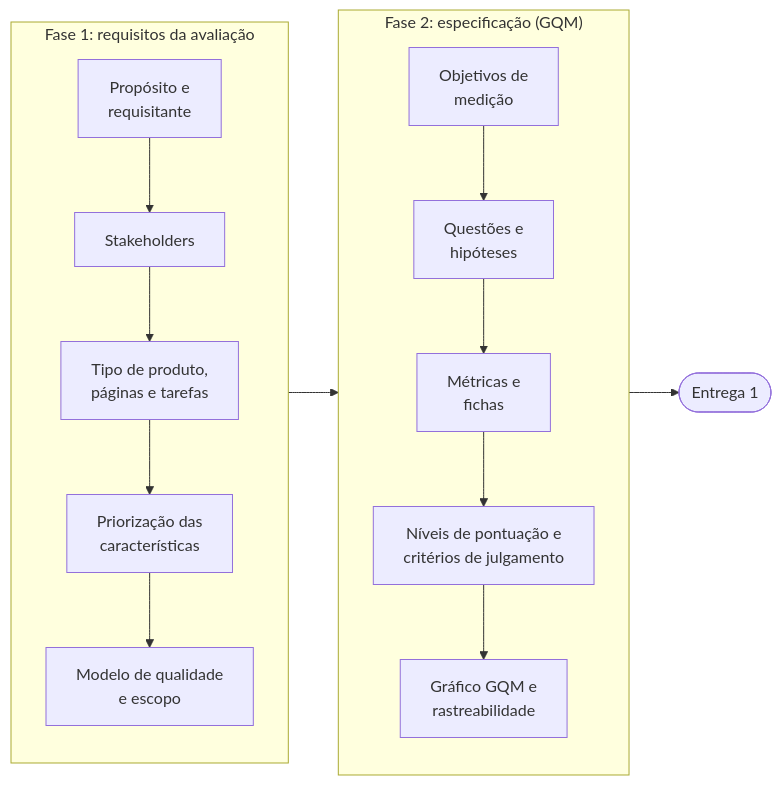
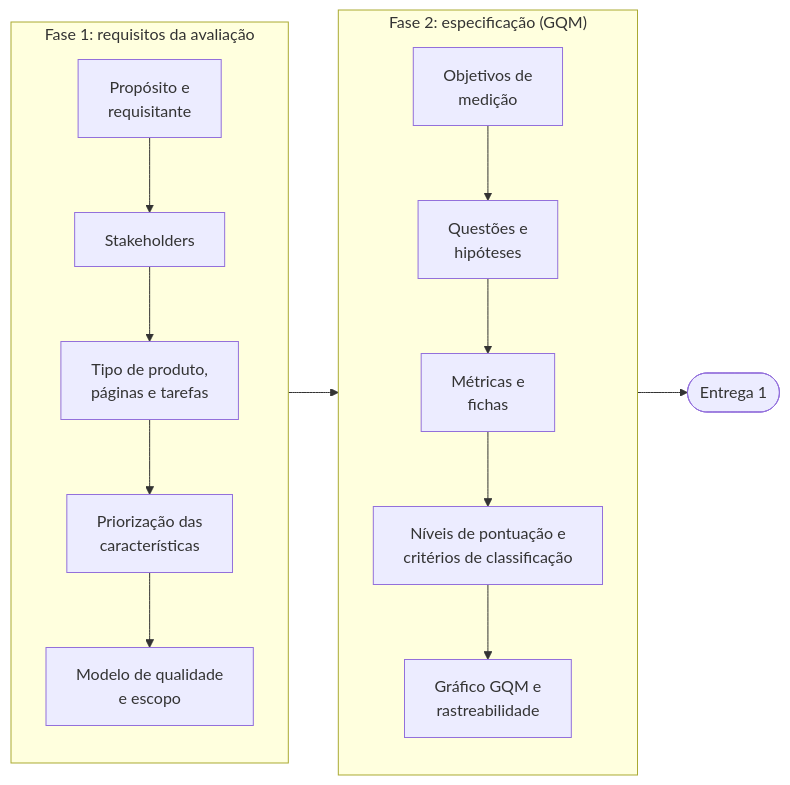
Before and after one commit to FCTE-Qualidade-de-Software-1/2026-2_T02_DOROTHY_JOHSON: the diagram in docs/artigo/metodologia.md, drawn with Mermaid. The commit also changed other lines of this file and 21 other files, not shown here.

First line of the commit message:
refactor(avaliacao): troca "julgamento" por "classificação" e renomeia julgamento.csv

````diff
--- a/docs/artigo/metodologia.md
+++ b/docs/artigo/metodologia.md
@@ -21,18 +21,18 @@
 ```mermaid
 flowchart LR
     subgraph F1["Fase 1: requisitos da avaliação"]
         direction TB
         A1["Propósito e<br/>requisitante"] --> A2["Stakeholders"]
         A2 --> A3["Tipo de produto,<br/>páginas e tarefas"]
         A3 --> A4["Priorização das<br/>características"]
         A4 --> A5["Modelo de qualidade<br/>e escopo"]
     end
     subgraph F2["Fase 2: especificação (GQM)"]
         direction TB
         B1["Objetivos de<br/>medição"] --> B2["Questões e<br/>hipóteses"]
         B2 --> B3["Métricas e<br/>fichas"]
-        B3 --> B4["Níveis de pontuação e<br/>critérios de julgamento"]
+        B3 --> B4["Níveis de pontuação e<br/>critérios de classificação"]
         B4 --> B5["Gráfico GQM e<br/>rastreabilidade"]
     end
     F1 --> F2 --> E1(["Entrega 1"])
 ```
````
